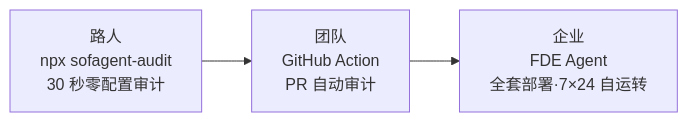
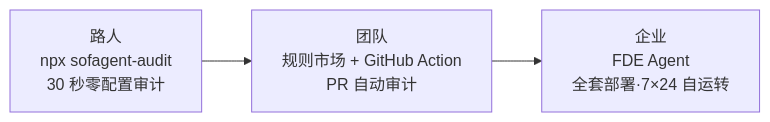
The second of 2 diagrams in README.md (KongFangXun/sofagent), drawn with Mermaid before and after one commit. The commit also changed other lines of this file, not shown here.

Commit message:
docs(v1.2.9): README 入口产品段落增强——GitHub Action 示例 + 规则市场说明 + npx 双模式

````diff
--- a/README.md
+++ b/README.md
@@ -83,5 +76,5 @@
 ```mermaid
 graph LR
-    A["路人<br/>npx sofagent-audit<br/>30 秒零配置审计"] --> B["团队<br/>GitHub Action<br/>PR 自动审计"]
+    A["路人<br/>npx sofagent-audit<br/>30 秒零配置审计"] --> B["团队<br/>规则市场 + GitHub Action<br/>PR 自动审计"]
     B --> C["企业<br/>FDE Agent<br/>全套部署·7×24 自运转"]
 ```
````
